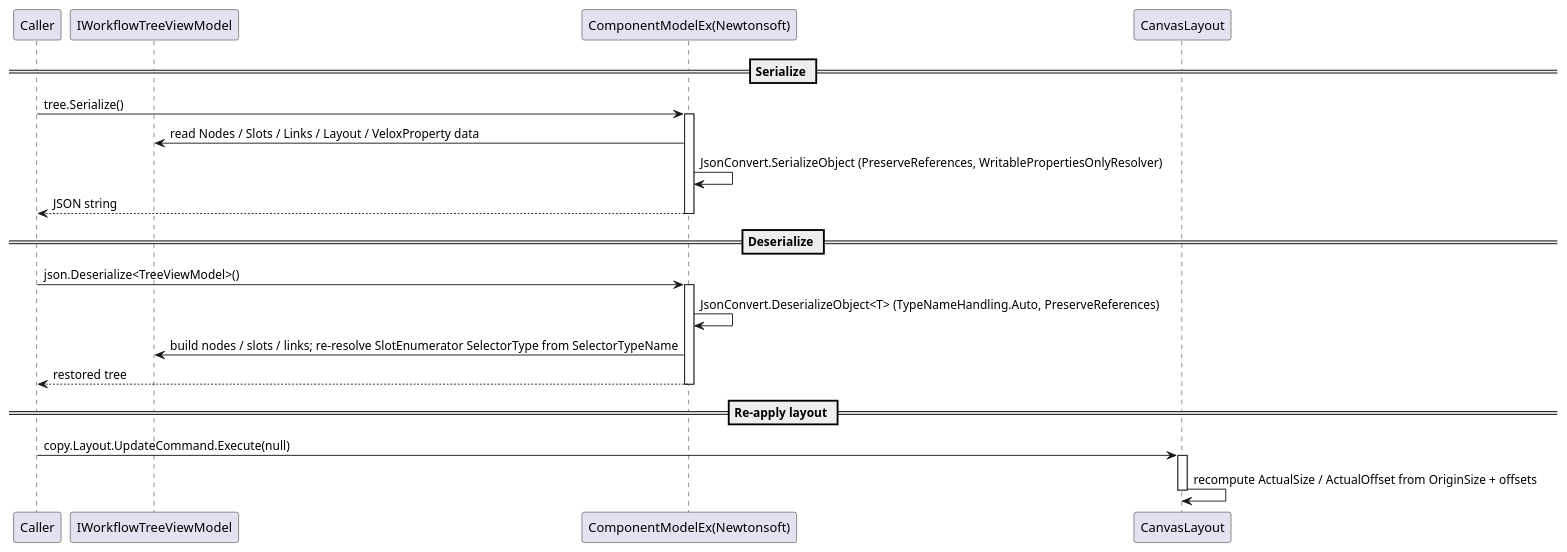
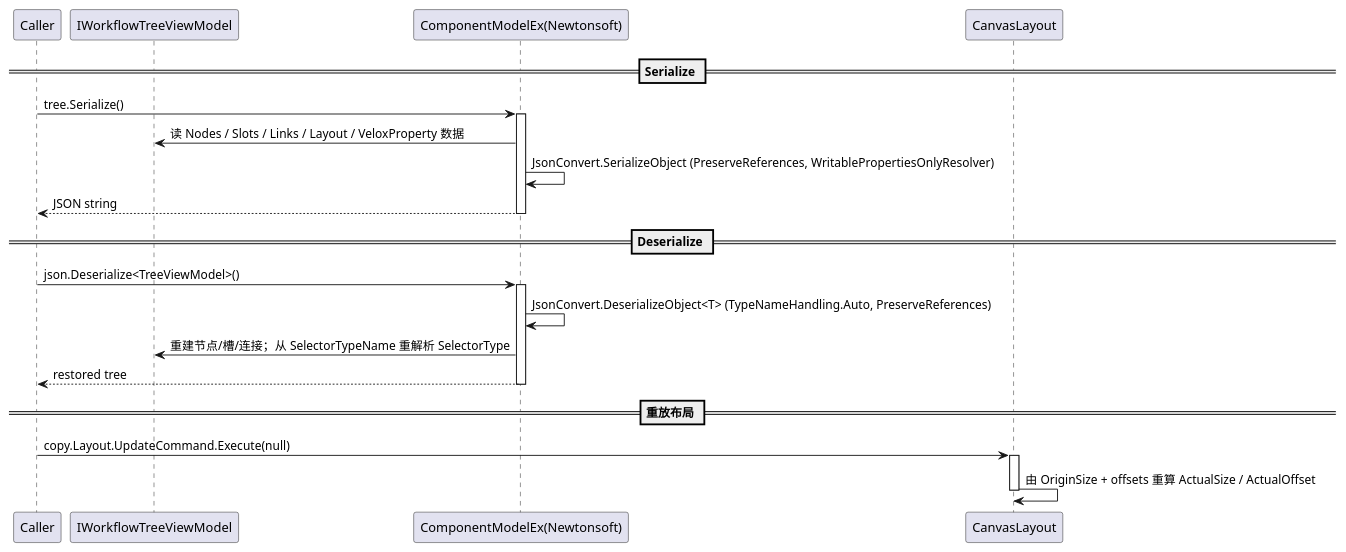
The eighth of 8 diagrams in src/CloudGlyph/Assets/Docs/content/zh/3_SE分析/03_数据流分析/00_工作流系统/index.md (Axvser/VeloxDev.Docs), drawn with PlantUML before and after one commit. The commit also changed other lines of this file and 443 other files, not shown here.

````diff
--- a/src/CloudGlyph/Assets/Docs/content/zh/3_SE分析/03_数据流分析/00_工作流系统/index.md
+++ b/src/CloudGlyph/Assets/Docs/content/zh/3_SE分析/03_数据流分析/00_工作流系统/index.md
@@ -219,30 +327,30 @@
 ```plantuml
 @startuml
-    participant Caller
+participant Caller
 participant "IWorkflowTreeViewModel" as Tree
 participant "ComponentModelEx(Newtonsoft)" as Serializer
 participant "CanvasLayout" as Layout
 
     == Serialize ==
     Caller -> Serializer: tree.Serialize()
     activate Serializer
-    Serializer -> Tree: read Nodes / Slots / Links / Layout / VeloxProperty data
+    Serializer -> Tree: 读 Nodes / Slots / Links / Layout / VeloxProperty 数据
     Serializer -> Serializer: JsonConvert.SerializeObject (PreserveReferences, WritablePropertiesOnlyResolver)
     Serializer --> Caller: JSON string
     deactivate Serializer
 
     == Deserialize ==
     Caller -> Serializer: json.Deserialize<TreeViewModel>()
     activate Serializer
     Serializer -> Serializer: JsonConvert.DeserializeObject<T> (TypeNameHandling.Auto, PreserveReferences)
-    Serializer -> Tree: build nodes / slots / links; re-resolve SlotEnumerator SelectorType from SelectorTypeName
+    Serializer -> Tree: 重建节点/槽/连接；从 SelectorTypeName 重解析 SelectorType
     Serializer --> Caller: restored tree
     deactivate Serializer
 
-    == Re-apply layout ==
+    == 重放布局 ==
     Caller -> Layout: copy.Layout.UpdateCommand.Execute(null)
     activate Layout
-    Layout -> Layout: recompute ActualSize / ActualOffset from OriginSize + offsets
+    Layout -> Layout: 由 OriginSize + offsets 重算 ActualSize / ActualOffset
     deactivate Layout
 @enduml
 ```
````
